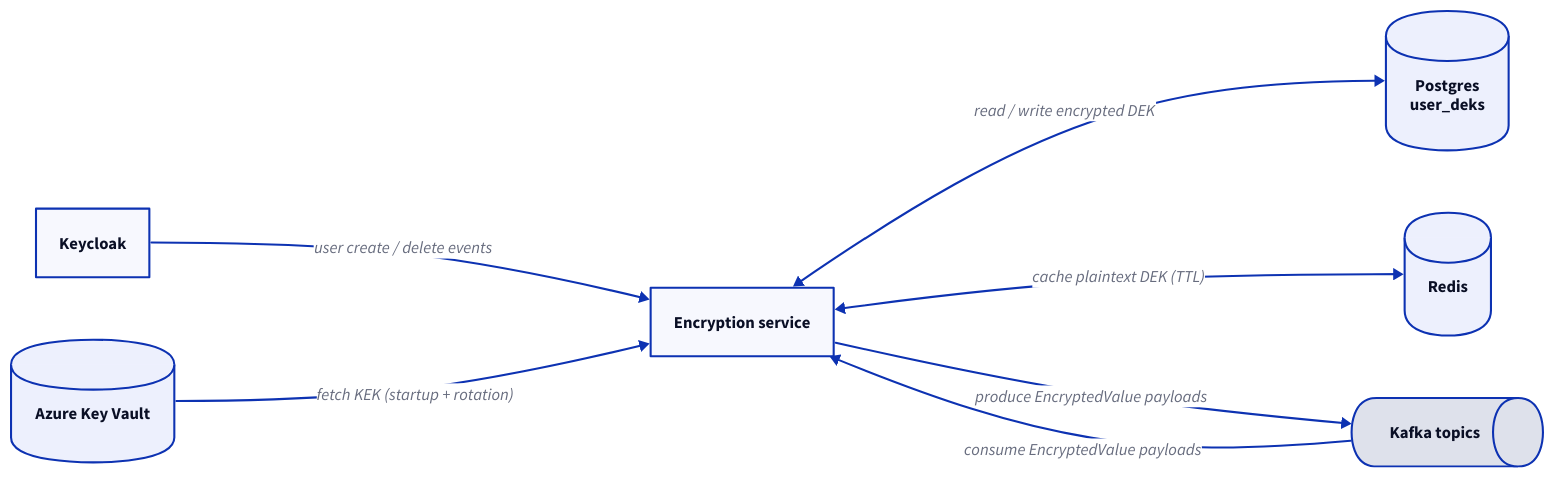
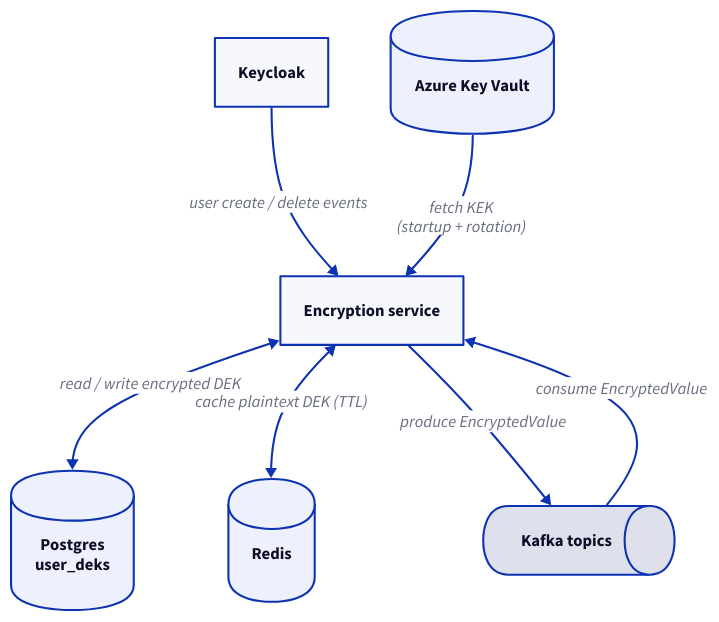
The second of 2 diagrams in src/content/posts/2026-05-11-gdpr-compliant-per-user-encryption-for-kafka.md (dlouwers/dlouwers.github.io), drawn with D2 before and after one commit.

Commit message:
post(kafka-pii-encryption): vertical architecture diagram for mobile
The horizontal hub-and-spoke (viewBox 1515x480, ratio ~3.16:1) shrank
to ~108px tall on a 390px viewport and the labels were unreadable.
Switch to direction: down so the diagram lays out vertically — top
inputs (Keycloak, Key Vault), encryption service in the middle, DEK
storage + Kafka along the bottom. New viewBox is 711x618 (close to
1:1), renders at ~298px tall on mobile with legible labels and still
reads cleanly on desktop.

````diff
--- a/src/content/posts/2026-05-11-gdpr-compliant-per-user-encryption-for-kafka.md
+++ b/src/content/posts/2026-05-11-gdpr-compliant-per-user-encryption-for-kafka.md
@@ -140,25 +140,25 @@
-```d2 The encryption service hub: Keycloak feeds identity events in; Key Vault holds the KEK; Postgres + Redis hold DEK state; Kafka carries only EncryptedValue payloads.
-direction: right
+```d2 The encryption service in the middle: Keycloak and Key Vault feed in from above; Postgres and Redis hold DEK state; Kafka carries only EncryptedValue payloads.
+direction: down
 
 kc: Keycloak
 kv: Azure Key Vault {
   shape: cylinder
 }
 svc: Encryption service
 db: "Postgres\nuser_deks" {
   shape: cylinder
 }
 redis: Redis {
   shape: cylinder
 }
 kafka: Kafka topics {
   shape: queue
 }
 
 kc -> svc: "user create / delete events"
-kv -> svc: "fetch KEK (startup + rotation)"
+kv -> svc: "fetch KEK\n(startup + rotation)"
 svc <-> db: "read / write encrypted DEK"
 svc <-> redis: "cache plaintext DEK (TTL)"
-svc -> kafka: "produce EncryptedValue payloads"
-kafka -> svc: "consume EncryptedValue payloads"
+svc -> kafka: "produce EncryptedValue"
+kafka -> svc: "consume EncryptedValue"
 ```
````
